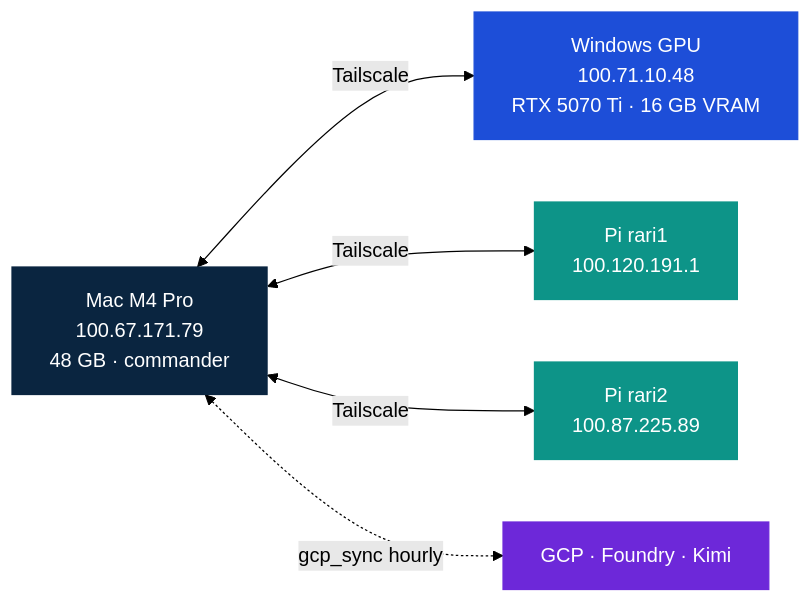
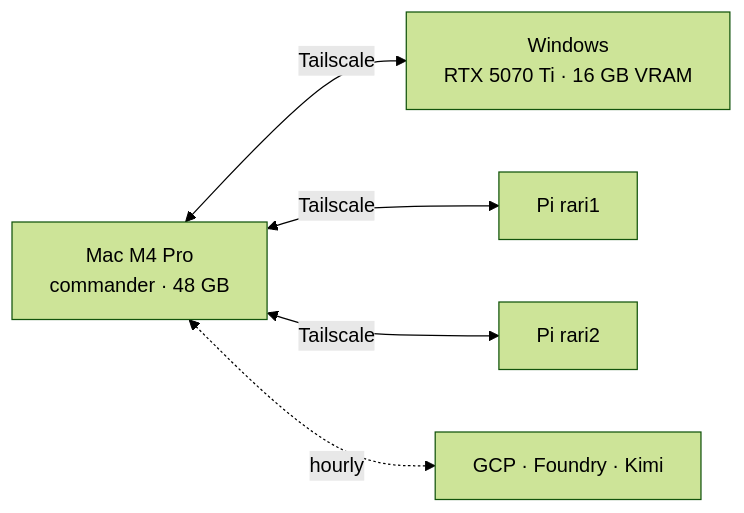
The second of 2 diagrams in README.md (arigatoexpress/Sapphire), drawn with Mermaid (forest theme) before and after one commit. The commit also changed other lines of this file, not shown here.

````diff
--- a/README.md
+++ b/README.md
@@ -575,18 +194,7 @@
 ```mermaid
 flowchart LR
-    classDef commander fill:#0A2540,color:#fff,stroke:#0A2540
-    classDef gpu       fill:#1d4ed8,color:#fff,stroke:#1d4ed8
-    classDef edge      fill:#0d9488,color:#fff,stroke:#0d9488
-    classDef cloud     fill:#6d28d9,color:#fff,stroke:#6d28d9
-
-    Mac[Mac M4 Pro<br/>100.67.171.79<br/>48 GB · commander]:::commander
-    Win[Windows GPU<br/>100.71.10.48<br/>RTX 5070 Ti · 16 GB VRAM]:::gpu
-    Pi1[Pi rari1<br/>100.120.191.1]:::edge
-    Pi2[Pi rari2<br/>100.87.225.89]:::edge
-    Cloud[GCP · Foundry · Kimi]:::cloud
-
-    Mac <-->|Tailscale| Win
-    Mac <-->|Tailscale| Pi1
-    Mac <-->|Tailscale| Pi2
-    Mac <-.->|gcp_sync hourly| Cloud
+    Mac[Mac M4 Pro<br/>commander · 48 GB] <-->|Tailscale| Win[Windows<br/>RTX 5070 Ti · 16 GB VRAM]
+    Mac <-->|Tailscale| Pi1[Pi rari1]
+    Mac <-->|Tailscale| Pi2[Pi rari2]
+    Mac <-.hourly.-> Cloud[GCP · Foundry · Kimi]
 ```
````
